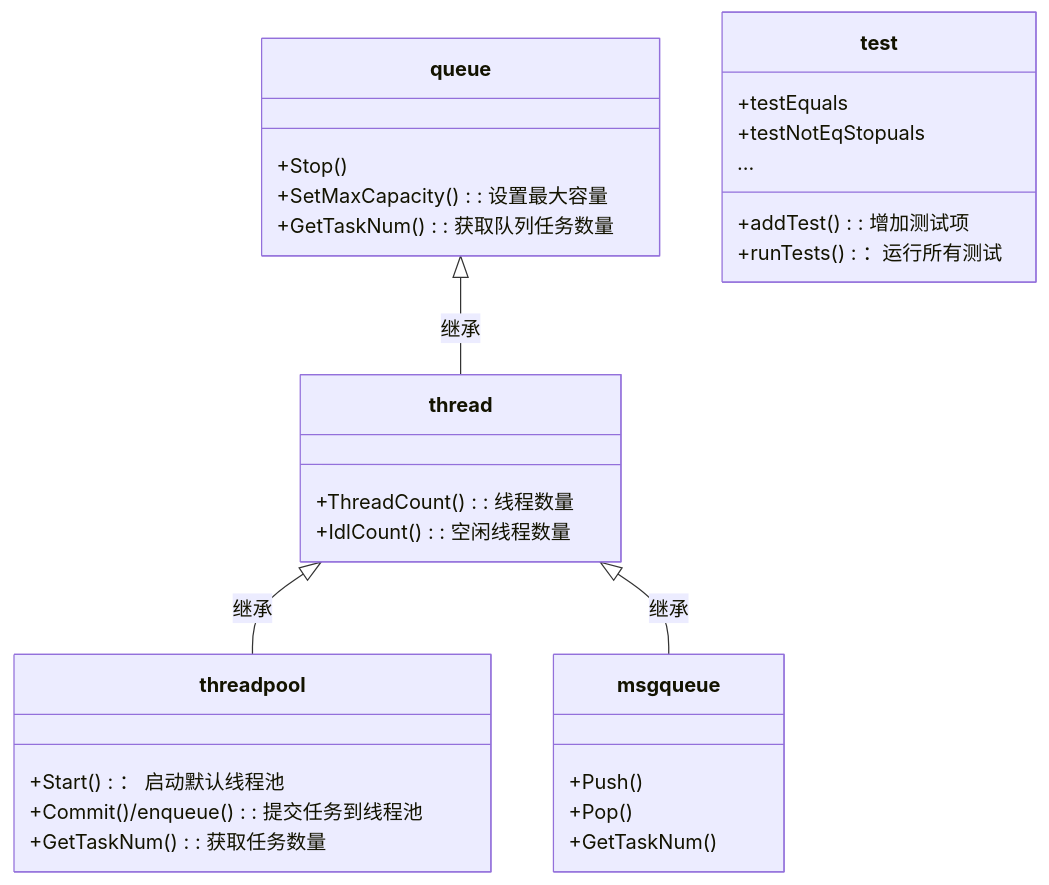
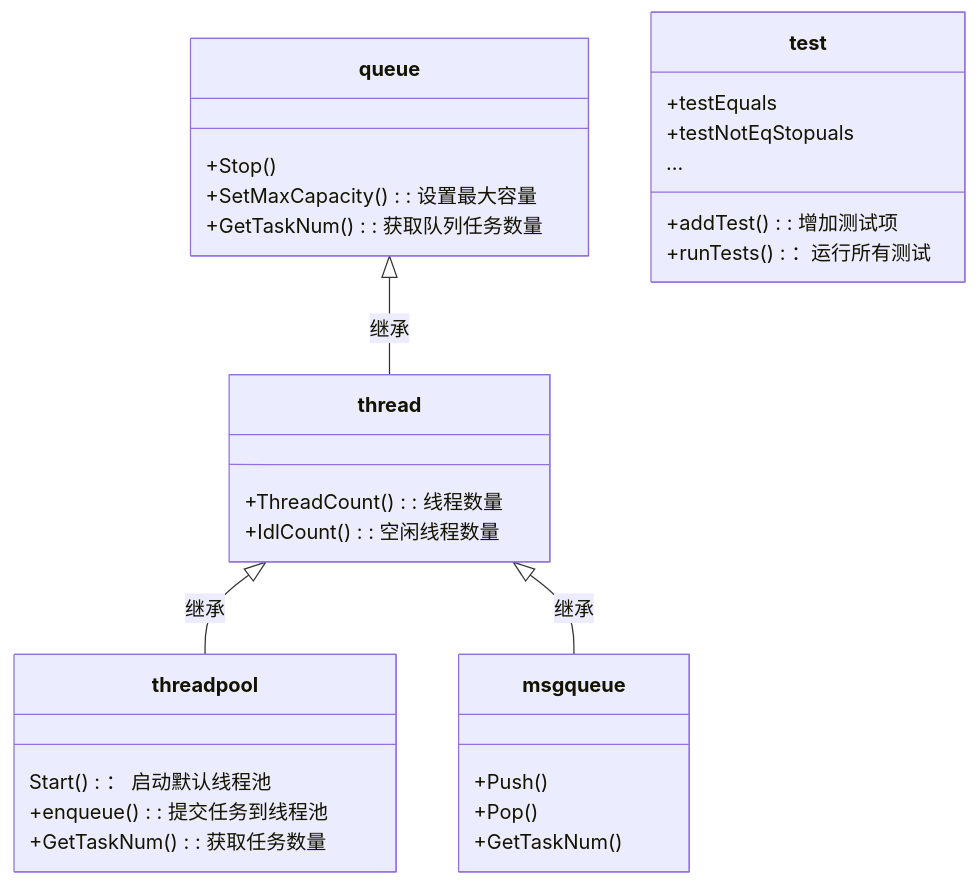
The diagram in doc/多线程.md (Acemyzoe/threadpool), drawn with Mermaid before and after one commit. The commit also changed other lines of this file and 4 other files, not shown here.

````diff
--- a/doc/多线程.md
+++ b/doc/多线程.md
@@ -416,38 +416,38 @@
 ```mermaid
 classDiagram
 queue <|-- thread : 继承
 thread <|-- threadpool : 继承
 thread <|-- msgqueue : 继承
 
 class queue{
 	+Stop()
 	+SetMaxCapacity() : 设置最大容量
 	+GetTaskNum(): 获取队列任务数量
 }
 
 class thread{
 	+ThreadCount(): 线程数量
 	+IdlCount(): 空闲线程数量
 }
 
 class threadpool{
-	+Start()： 启动默认线程池
-	+Commit()/enqueue(): 提交任务到线程池
+	Start()： 启动默认线程池
+	+enqueue(): 提交任务到线程池
 	+GetTaskNum(): 获取任务数量
 }
 
 class msgqueue{
 	+Push()
 	+Pop()
 	+GetTaskNum()
 }
 
 class test{
 	+testEquals
 	+testNotEqStopuals
 	...
 	+addTest(): 增加测试项
 	+runTests()：运行所有测试
 }
 
 ```
````
